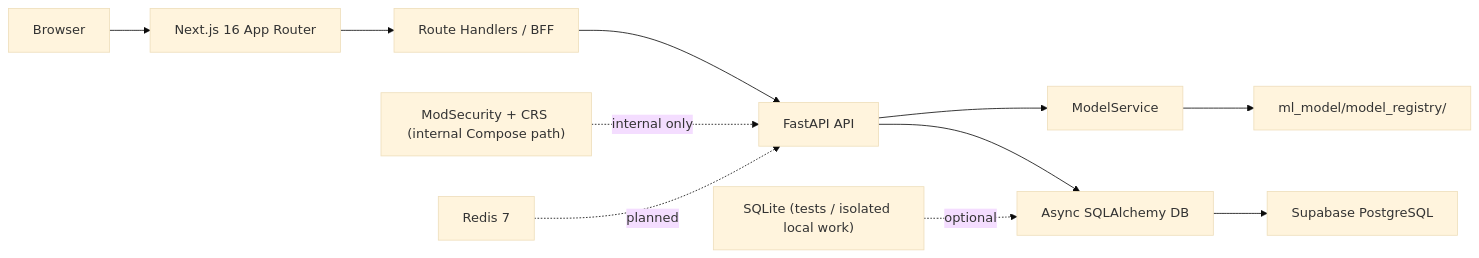
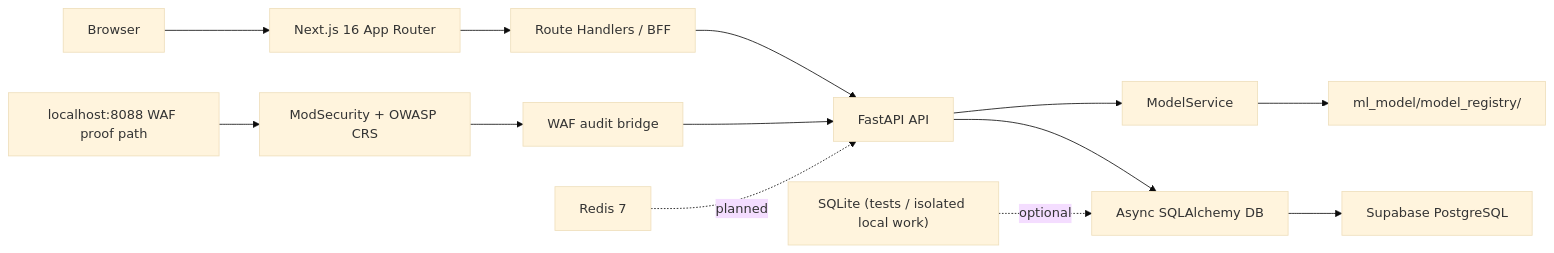
Before and after one commit to PooKYZZZ/injection-alert-system: the diagram in docs/architecture.md, drawn with Mermaid (base theme). The commit also changed other lines of this file and 97 other files, not shown here.

````diff
--- a/docs/architecture.md
+++ b/docs/architecture.md
@@ -9,14 +11,16 @@
 ```mermaid
 flowchart LR
     Browser["Browser"] --> Next["Next.js 16 App Router"]
     Next --> BFF["Route Handlers / BFF"]
     BFF --> FastAPI["FastAPI API"]
     FastAPI --> Model["ModelService"]
     FastAPI --> DB["Async SQLAlchemy DB"]
     Model --> Registry["ml_model/model_registry/"]
     DB --> Supabase["Supabase PostgreSQL"]
 
     SQLite["SQLite (tests / isolated local work)"] -. optional .-> DB
-    ModSec["ModSecurity + CRS (internal Compose path)"] -. internal only .-> FastAPI
+    WAFProof["localhost:8088 WAF proof path"] --> ModSec["ModSecurity + OWASP CRS"]
+    ModSec --> Bridge["WAF audit bridge"]
+    Bridge --> FastAPI
     Redis["Redis 7"] -. planned .-> FastAPI
 ```
````
